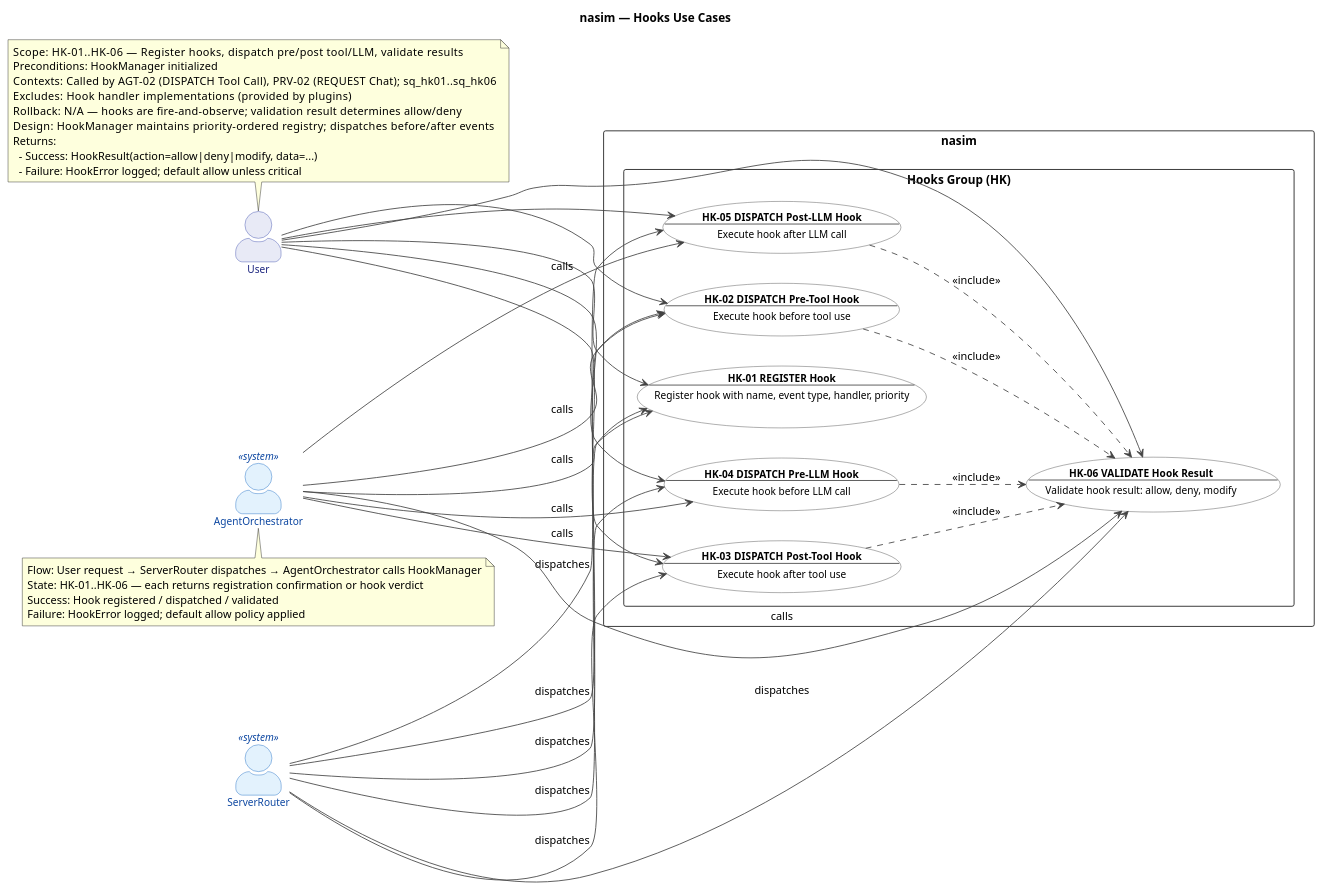
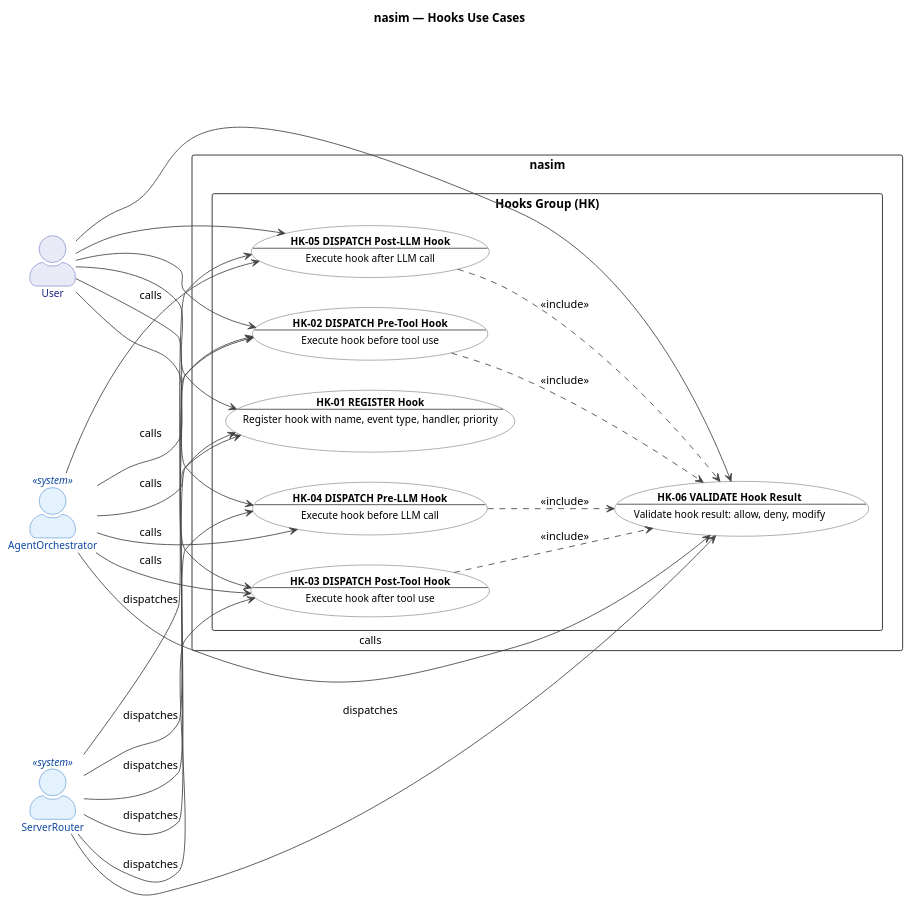
One commit to salimnamvar/nasim changed the diagram in docs/UC/uc_hk.puml. Above: the diagram before and after it, drawn with PlantUML. The commit also changed 23 other files, not shown here.

First line of the commit message:
docs: Refactor UC diagrams and update merge script paths

```diff
--- a/docs/UC/uc_hk.puml
+++ b/docs/UC/uc_hk.puml
@@ -1,119 +1,122 @@
 @startuml uc_hk
+
 
 ' ============================================================
 ' Title:     nasim — UC: Hooks Group
 ' Group:     HK (Hooks)
 ' Boundary:  nasim code agent
 ' Purpose:   Pre/post hooks for tool use and LLM calls
 ' Milestone: v1.0
 ' Version:   9.1.0
 ' Source:    docs/ENTITIES.md, docs/UC/README.md
 ' Review:    CAR refinement loop 2026-06-27
 ' SQ:        sq_hk01..sq_hk06
 ' ============================================================
 
+
 left to right direction
+
 
 title nasim — Hooks Use Cases
 
+
 skinparam actorStyle awesome
 skinparam packageStyle rectangle
+
 
 skinparam usecase {
   BackgroundColor #FFFFFF
   BorderColor #424242
   FontColor #000000
   ArrowColor #424242
   FontSize 12
 }
 
+
 skinparam actor {
   BackgroundColor #E8EAF6
   BorderColor #3949AB
   FontColor #1A237E
   FontSize 12
 }
 
+
 skinparam actor<<system>> {
   BackgroundColor #E3F2FD
   BorderColor #1565C0
   FontColor #0D47A1
 }
 
+
 ' ------------------------------------------------------------
 ' Actors
 ' ------------------------------------------------------------
+
 
 actor "User" as User
 actor "ServerRouter" as Router <<system>>
 actor "AgentOrchestrator" as Agent <<system>>
 
-note top of User
-  Scope:          HK-01..HK-06 — Register hooks, dispatch pre/post tool/LLM, validate results
-  Preconditions:  HookManager initialized
-  Contexts:       Called by AGT-02 (DISPATCH Tool Call), PRV-02 (REQUEST Chat); sq_hk01..sq_hk06
-  Excludes:       Hook handler implementations (provided by plugins)
-  Rollback:       N/A — hooks are fire-and-observe; validation result determines allow/deny
-  Design:         HookManager maintains priority-ordered registry; dispatches before/after events
-  Returns:
-    - Success: HookResult(action=allow|deny|modify, data=...)
-    - Failure: HookError logged; default allow unless critical
-end note
+
+
 
 ' ------------------------------------------------------------
 ' System Boundary
 ' ------------------------------------------------------------
+
 
 rectangle "nasim" {
   package "Hooks Group (HK)" {
     usecase "**HK-01 REGISTER Hook**\n--\nRegister hook with name, event type, handler, priority" as HK01
     usecase "**HK-02 DISPATCH Pre-Tool Hook**\n--\nExecute hook before tool use" as HK02
     usecase "**HK-03 DISPATCH Post-Tool Hook**\n--\nExecute hook after tool use" as HK03
     usecase "**HK-04 DISPATCH Pre-LLM Hook**\n--\nExecute hook before LLM call" as HK04
     usecase "**HK-05 DISPATCH Post-LLM Hook**\n--\nExecute hook after LLM call" as HK05
     usecase "**HK-06 VALIDATE Hook Result**\n--\nValidate hook result: allow, deny, modify" as HK06
   }
 }
 
+
 ' ------------------------------------------------------------
 ' Actor -> Use Case Associations
 ' ------------------------------------------------------------
+
 
 User --> HK01
 User --> HK02
 User --> HK03
 User --> HK04
 User --> HK05
 User --> HK06
 
+
 Router --> HK01 : dispatches
 Router --> HK02 : dispatches
 Router --> HK03 : dispatches
 Router --> HK04 : dispatches
 Router --> HK05 : dispatches
 Router --> HK06 : dispatches
+
 
 Agent --> HK01 : calls
 Agent --> HK02 : calls
 Agent --> HK03 : calls
 Agent --> HK04 : calls
 Agent --> HK05 : calls
 Agent --> HK06 : calls
 
+
 ' ------------------------------------------------------------
 ' Relationships
 ' ------------------------------------------------------------
+
 
 HK02 ..> HK06 : <<include>>
 HK03 ..> HK06 : <<include>>
 HK04 ..> HK06 : <<include>>
 HK05 ..> HK06 : <<include>>
 
-note bottom of Agent
-  Flow:   User request → ServerRouter dispatches → AgentOrchestrator calls HookManager
-  State:  HK-01..HK-06 — each returns registration confirmation or hook verdict
-  Success: Hook registered / dispatched / validated
-  Failure: HookError logged; default allow policy applied
-end note
+
+
 
 @enduml
```
